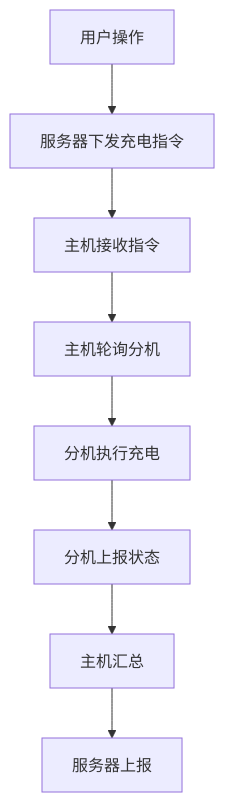
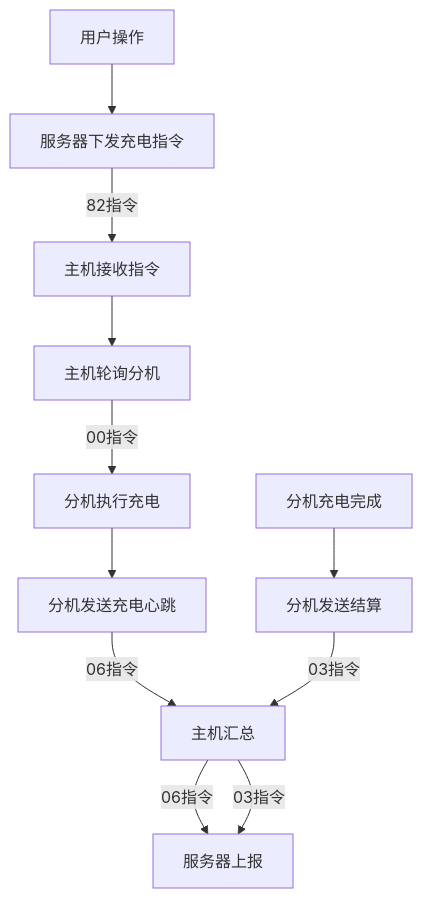
One commit to taoyao-code/iot-zinx changed diagram 12 of 17 in docs/iot_master_slave_architecture_all.md. Above: the diagram before and after it, drawn with Mermaid. The commit also changed other lines of this file and 7 other files, not shown here.

````diff
--- a/docs/iot_master_slave_architecture_all.md
+++ b/docs/iot_master_slave_architecture_all.md
@@ -137,11 +301,14 @@
 ```mermaid
 flowchart TD
     用户操作 --> 服务器下发充电指令
-    服务器下发充电指令 --> 主机接收指令
+    服务器下发充电指令 --> |"82指令"| 主机接收指令
     主机接收指令 --> 主机轮询分机
-    主机轮询分机 --> 分机执行充电
-    分机执行充电 --> 分机上报状态
-    分机上报状态 --> 主机汇总
-    主机汇总 --> 服务器上报
+    主机轮询分机 --> |"00指令"| 分机执行充电
+    分机执行充电 --> 分机发送充电心跳
+    分机发送充电心跳 --> |"06指令"| 主机汇总
+    主机汇总 --> |"06指令"| 服务器上报
+    分机充电完成 --> 分机发送结算
+    分机发送结算 --> |"03指令"| 主机汇总
+    主机汇总 --> |"03指令"| 服务器上报
     %% 说明：充电流程涉及服务器、主机、分机多方协作
 ```
````
